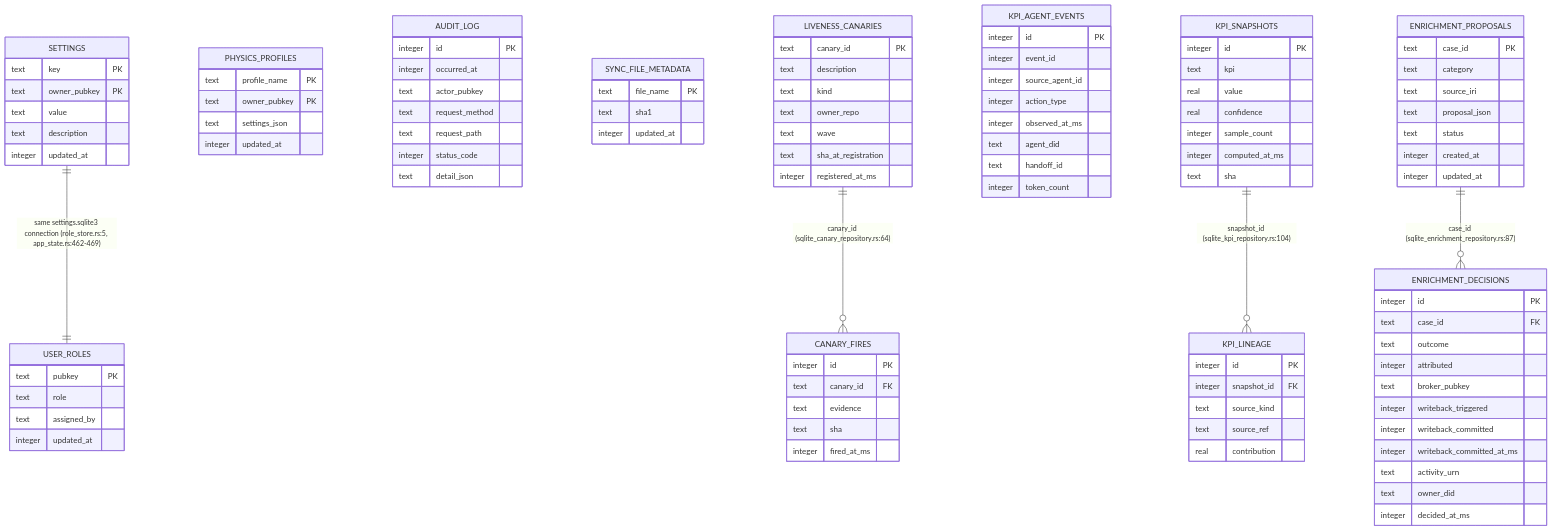
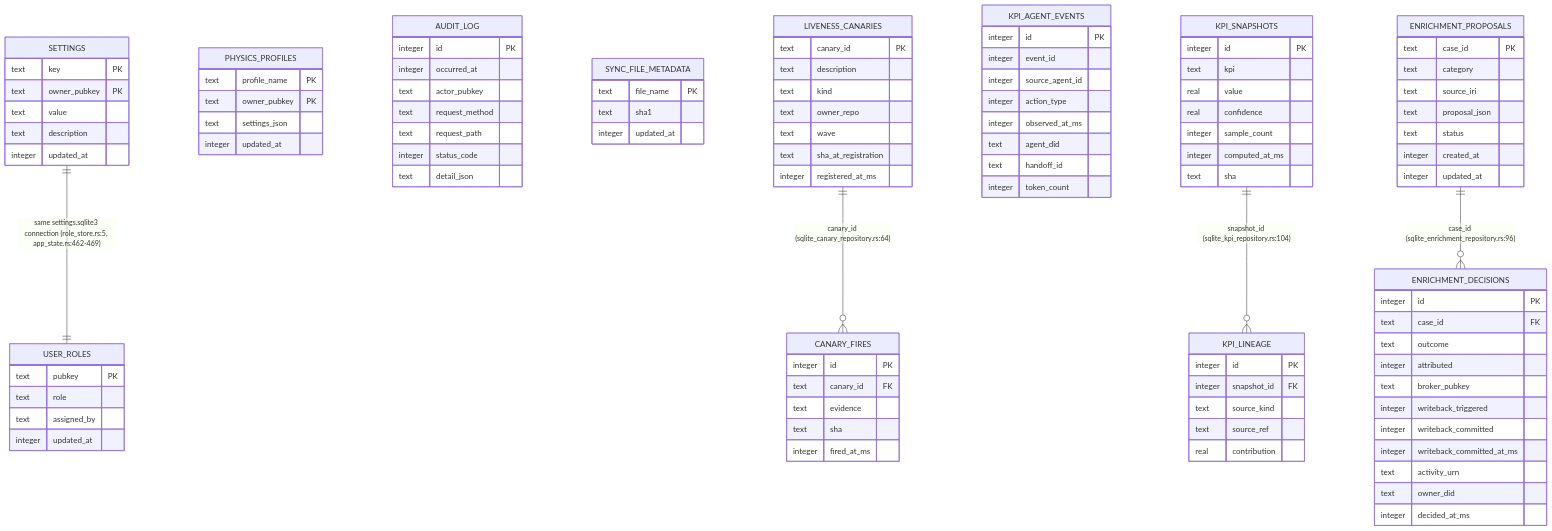
One commit to DreamLab-AI/VisionFlow changed the second of 11 diagrams in docs/diagrams/visionclaw/22-data-authority-provenance-erasure.md. Above: the diagram before and after it, drawn with Mermaid. The commit also changed other lines of this file and 136 other files, not shown here.

First line of the commit message:
docs(diagrams): refresh the whole corpus to code HEAD and prune low-value diagrams

```diff
--- a/docs/diagrams/visionclaw/22-data-authority-provenance-erasure.md
+++ b/docs/diagrams/visionclaw/22-data-authority-provenance-erasure.md
@@ -184,7 +186,7 @@
         integer decided_at_ms
     }
 
-    ENRICHMENT_PROPOSALS ||--o{ ENRICHMENT_DECISIONS : "case_id (sqlite_enrichment_repository.rs:87)"
+    ENRICHMENT_PROPOSALS ||--o{ ENRICHMENT_DECISIONS : "case_id (sqlite_enrichment_repository.rs:96)"
     LIVENESS_CANARIES ||--o{ CANARY_FIRES : "canary_id (sqlite_canary_repository.rs:64)"
     KPI_SNAPSHOTS ||--o{ KPI_LINEAGE : "snapshot_id (sqlite_kpi_repository.rs:104)"
     SETTINGS ||--|| USER_ROLES : "same settings.sqlite3 connection (role_store.rs:5, app_state.rs:462-469)"
```
